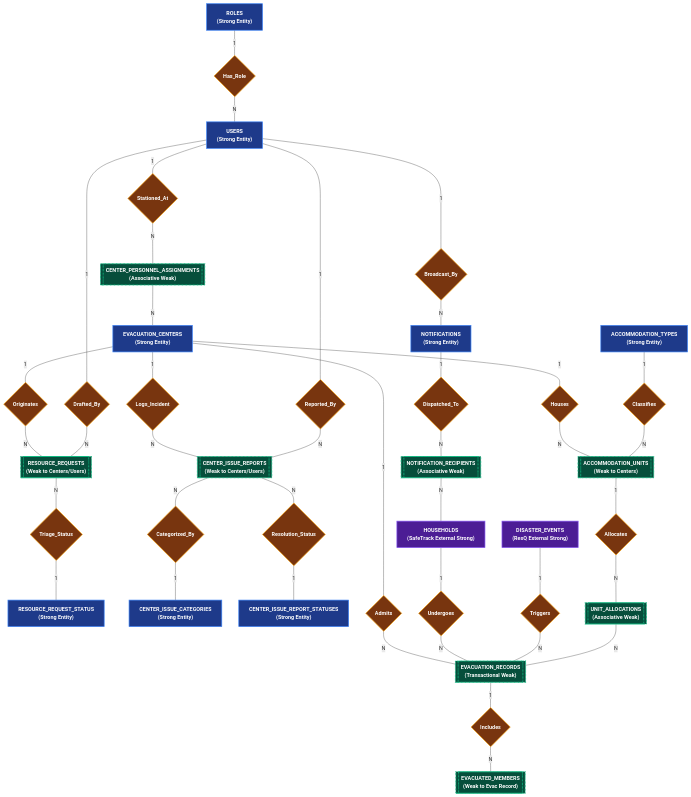
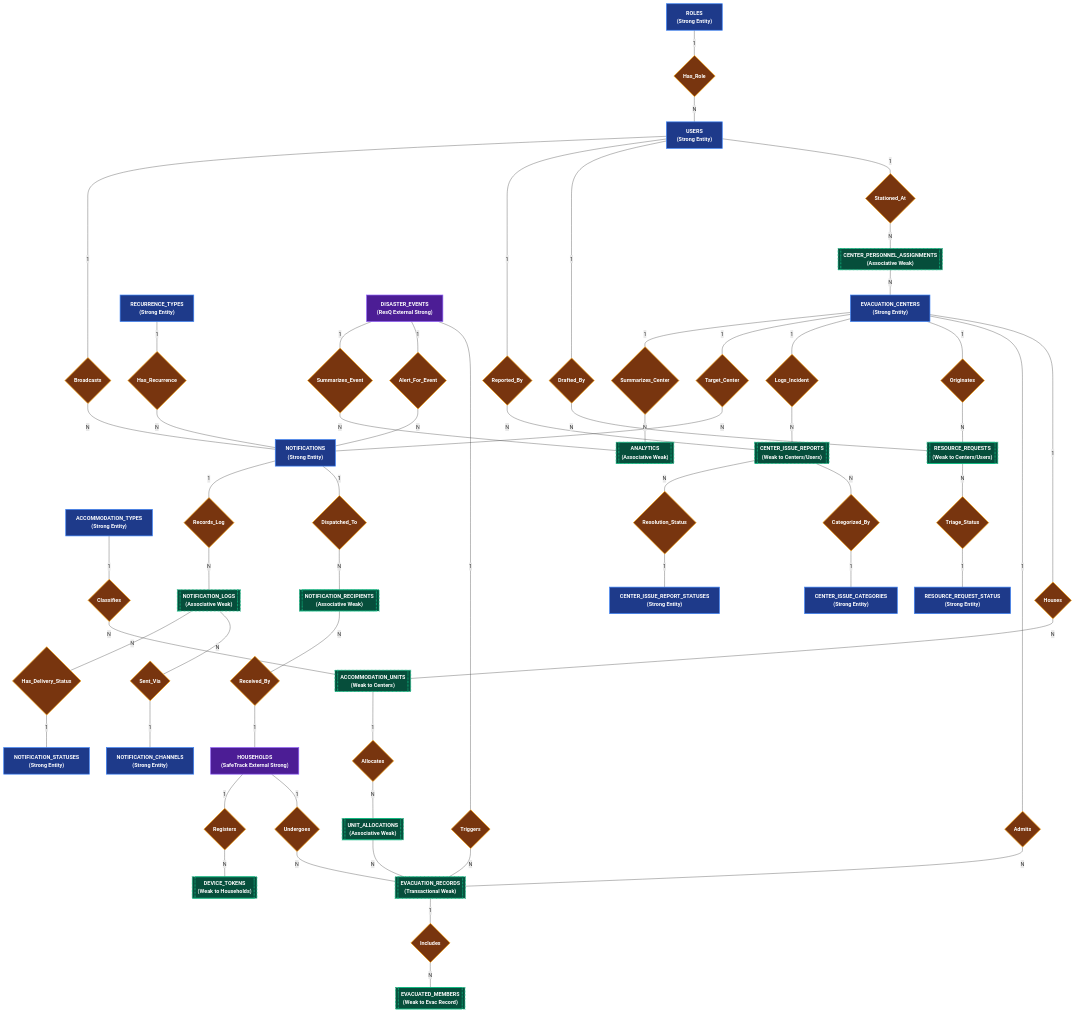
The first of 7 diagrams in docs/erd.md (klint-droid/EvaTrack), drawn with Mermaid before and after one commit. The commit also changed other lines of this file, not shown here.

Commit message:
docs(erd): complete broadcast notifications pipeline, device tokens, and analytics subsystems in Chen notation

```diff
--- a/docs/erd.md
+++ b/docs/erd.md
@@ -37,9 +37,14 @@
     RRSTAT["RESOURCE_REQUEST_STATUS\n(Strong Entity)"]:::strongEntity
     CICAT["CENTER_ISSUE_CATEGORIES\n(Strong Entity)"]:::strongEntity
     CISTAT["CENTER_ISSUE_REPORT_STATUSES\n(Strong Entity)"]:::strongEntity
+    
+    %% Broadcast Notification Strong Entities
     NOTIF["NOTIFICATIONS\n(Strong Entity)"]:::strongEntity
+    NCHAN["NOTIFICATION_CHANNELS\n(Strong Entity)"]:::strongEntity
+    NSTAT["NOTIFICATION_STATUSES\n(Strong Entity)"]:::strongEntity
+    RECTYPE["RECURRENCE_TYPES\n(Strong Entity)"]:::strongEntity
 
-    %% ── External Partner Strong Entities (Bridges) ──
+    %% External Partner Strong Entities (Bridges)
     HH["HOUSEHOLDS\n(SafeTrack External Strong)"]:::extEntity
     EVT["DISASTER_EVENTS\n(ResQ External Strong)"]:::extEntity
 
@@ -53,7 +58,12 @@
     ASSIGN[["CENTER_PERSONNEL_ASSIGNMENTS\n(Associative Weak)"]]:::weakEntity
     RR[["RESOURCE_REQUESTS\n(Weak to Centers/Users)"]]:::weakEntity
     CIR[["CENTER_ISSUE_REPORTS\n(Weak to Centers/Users)"]]:::weakEntity
+    
+    %% Notification & Analytics Weak / Associative Entities
     RECP[["NOTIFICATION_RECIPIENTS\n(Associative Weak)"]]:::weakEntity
+    NLOG[["NOTIFICATION_LOGS\n(Associative Weak)"]]:::weakEntity
+    DEVTOK[["DEVICE_TOKENS\n(Weak to Households)"]]:::weakEntity
+    ANL[["ANALYTICS\n(Associative Weak)"]]:::weakEntity
 
     %% ══════════════════════════════════════════════════════════════════════════
     %% RELATIONSHIP DIAMONDS
@@ -74,8 +84,22 @@
     R_REPORTED_BY{"Reported_By"}:::relDiamond
     R_ISSUE_CAT{"Categorized_By"}:::relDiamond
     R_ISSUE_STAT{"Resolution_Status"}:::relDiamond
+    
+    %% Broadcast Notification Relationships
+    R_BROADCASTS{"Broadcasts"}:::relDiamond
+    R_TARGETS_CTR{"Target_Center"}:::relDiamond
+    R_TARGETS_EVT{"Alert_For_Event"}:::relDiamond
+    R_HAS_RECUR{"Has_Recurrence"}:::relDiamond
     R_DISPATCHES{"Dispatched_To"}:::relDiamond
-    R_SENT_BY{"Broadcast_By"}:::relDiamond
+    R_RECEIVED_BY{"Received_By"}:::relDiamond
+    R_RECORDS_LOG{"Records_Log"}:::relDiamond
+    R_SENT_VIA{"Sent_Via"}:::relDiamond
+    R_DELIV_STATUS{"Has_Delivery_Status"}:::relDiamond
+    R_REGISTERS_DEV{"Registers"}:::relDiamond
+
+    %% Analytics Relationships
+    R_SUMM_CTR{"Summarizes_Center"}:::relDiamond
+    R_SUMM_EVT{"Summarizes_Event"}:::relDiamond
 
     %% ══════════════════════════════════════════════════════════════════════════
     %% CONNECTIONS & CARDINALITIES
@@ -137,12 +161,39 @@
     CIR ---|N| R_ISSUE_STAT
     R_ISSUE_STAT ---|1| CISTAT
 
-    %% Notifications (Dispatched to Households)
-    USER ---|1| R_SENT_BY
-    R_SENT_BY ---|N| NOTIF
+    %% ── Broadcast Notification Pipeline ──
+    USER ---|1| R_BROADCASTS
+    R_BROADCASTS ---|N| NOTIF
+
+    EC ---|1| R_TARGETS_CTR
+    R_TARGETS_CTR ---|N| NOTIF
+
+    EVT ---|1| R_TARGETS_EVT
+    R_TARGETS_EVT ---|N| NOTIF
+
+    RECTYPE ---|1| R_HAS_RECUR
+    R_HAS_RECUR ---|N| NOTIF
+
     NOTIF ---|1| R_DISPATCHES
     R_DISPATCHES ---|N| RECP
-    RECP ---|N| HH
+    RECP ---|N| R_RECEIVED_BY
+    R_RECEIVED_BY ---|1| HH
+
+    NOTIF ---|1| R_RECORDS_LOG
+    R_RECORDS_LOG ---|N| NLOG
+    NLOG ---|N| R_SENT_VIA
+    R_SENT_VIA ---|1| NCHAN
+    NLOG ---|N| R_DELIV_STATUS
+    R_DELIV_STATUS ---|1| NSTAT
+
+    HH ---|1| R_REGISTERS_DEV
+    R_REGISTERS_DEV ---|N| DEVTOK
+
+    %% ── Analytics Snapshots ──
+    EC ---|1| R_SUMM_CTR
+    R_SUMM_CTR ---|N| ANL
+    EVT ---|1| R_SUMM_EVT
+    R_SUMM_EVT ---|N| ANL
 
     %% ══════════════════════════════════════════════════════════════════════════
     %% STYLING CLASSES
```
